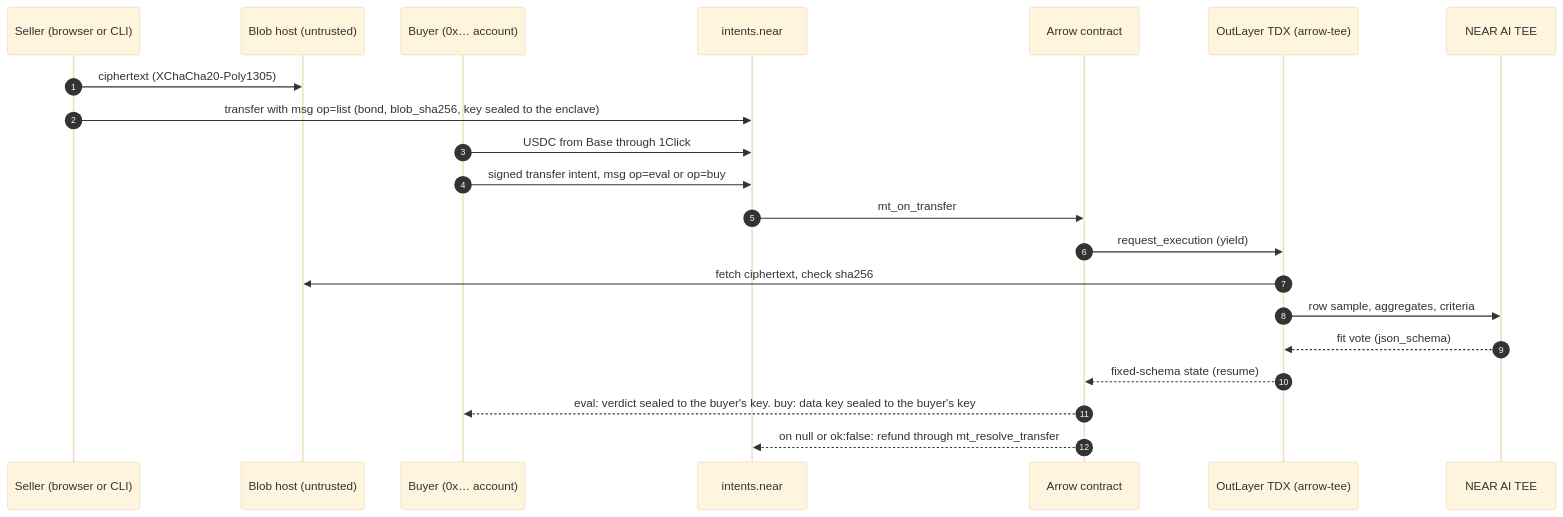
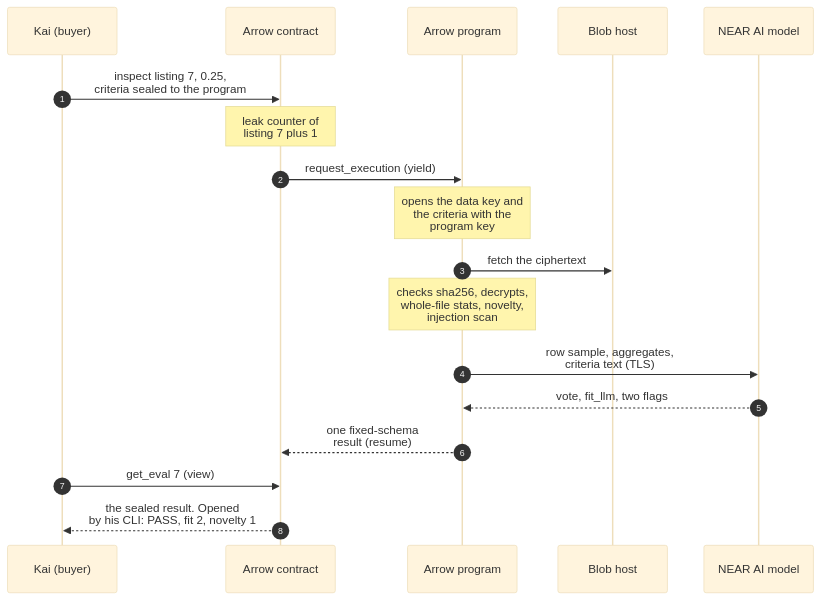
Before and after one commit to yigitcangokmen/arrow: the fourth of 10 diagrams in README.md, drawn with Mermaid (base theme). The commit also changed other lines of this file and 6 other files, not shown here.

First line of the commit message:
docs(readme): add Noor and Kai story with sequence diagrams per step, plus what-if flows

````diff
--- a/README.md
+++ b/README.md
@@ -92,23 +128,20 @@
 ```mermaid
 sequenceDiagram
   autonumber
-  participant S as Seller (browser or CLI)
-  participant H as Blob host (untrusted)
-  participant B as Buyer (0x… account)
-  participant I as intents.near
-  participant C as Arrow contract
-  participant T as OutLayer TDX (arrow-tee)
-  participant A as NEAR AI TEE
-  S->>H: ciphertext (XChaCha20-Poly1305)
-  S->>I: transfer with msg op=list (bond, blob_sha256, key sealed to the enclave)
-  B->>I: USDC from Base through 1Click
-  B->>I: signed transfer intent, msg op=eval or op=buy
-  I->>C: mt_on_transfer
-  C->>T: request_execution (yield)
-  T->>H: fetch ciphertext, check sha256
-  T->>A: row sample, aggregates, criteria
-  A-->>T: fit vote (json_schema)
-  T-->>C: fixed-schema state (resume)
-  C-->>B: eval: verdict sealed to the buyer's key. buy: data key sealed to the buyer's key
-  C-->>I: on null or ok:false: refund through mt_resolve_transfer
+  participant Kai as Kai (buyer)
+  participant Market as Arrow contract
+  participant Program as Arrow program
+  participant Host as Blob host
+  participant Model as NEAR AI model
+  Kai->>Market: inspect listing 7, 0.25,<br/>criteria sealed to the program
+  Note over Market: leak counter of<br/>listing 7 plus 1
+  Market->>Program: request_execution (yield)
+  Note over Program: opens the data key and<br/>the criteria with the<br/>program key
+  Program->>Host: fetch the ciphertext
+  Note over Program: checks sha256, decrypts,<br/>whole-file stats, novelty,<br/>injection scan
+  Program->>Model: row sample, aggregates,<br/>criteria text (TLS)
+  Model-->>Program: vote, fit_llm, two flags
+  Program-->>Market: one fixed-schema<br/>result (resume)
+  Kai->>Market: get_eval 7 (view)
+  Market-->>Kai: the sealed result. Opened<br/>by his CLI: PASS, fit 2, novelty 1
 ```
````
